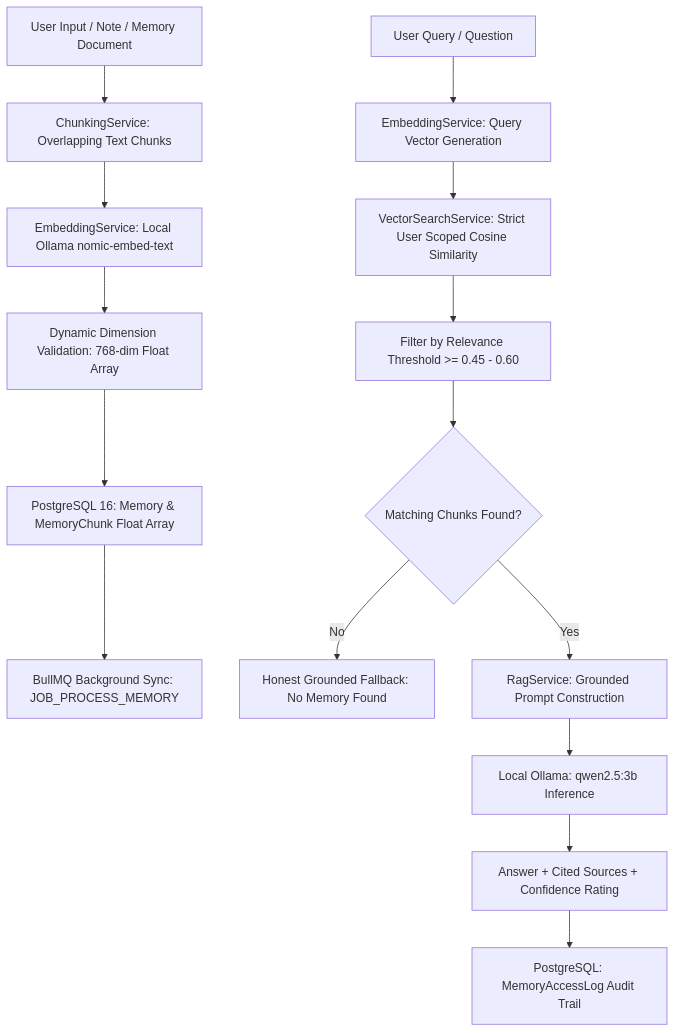
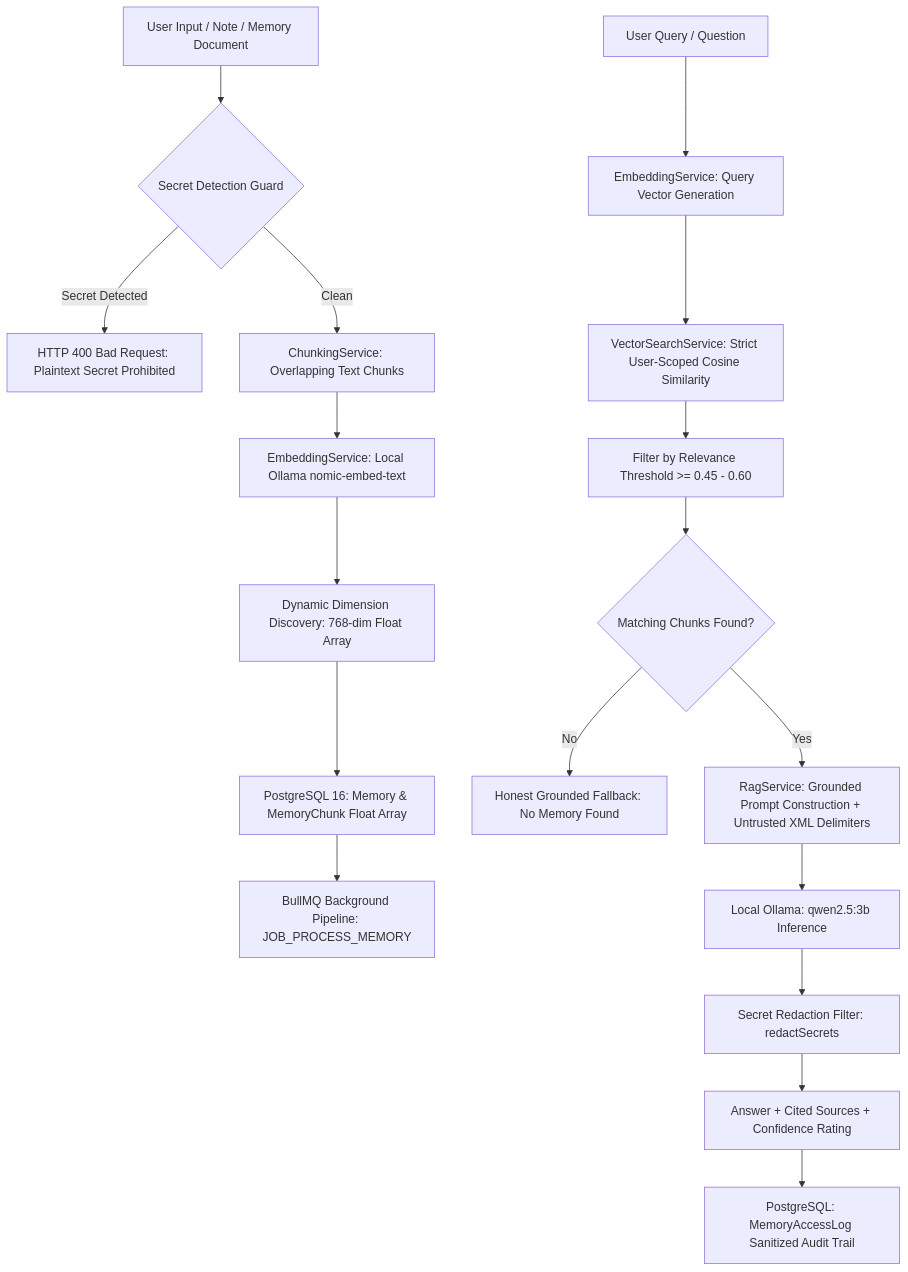
One commit to gundvinu1/Bhuvi- changed the diagram in docs/modules/MODULE_08_PERSONAL_MEMORY.md. Above: the diagram before and after it, drawn with Mermaid. The commit also changed other lines of this file and 11 other files, not shown here.

Commit message:
fix(module-08): complete security audit, secret guard, worker pipeline and RAG defenses

````diff
--- a/docs/modules/MODULE_08_PERSONAL_MEMORY.md
+++ b/docs/modules/MODULE_08_PERSONAL_MEMORY.md
@@ -17,18 +20,21 @@
 ```mermaid
 flowchart TD
-    A[User Input / Note / Memory Document] --> B[ChunkingService: Overlapping Text Chunks]
+    A[User Input / Note / Memory Document] --> S{Secret Detection Guard}
+    S -- Secret Detected --> ERR[HTTP 400 Bad Request: Plaintext Secret Prohibited]
+    S -- Clean --> B[ChunkingService: Overlapping Text Chunks]
     B --> C[EmbeddingService: Local Ollama nomic-embed-text]
-    C --> D[Dynamic Dimension Validation: 768-dim Float Array]
+    C --> D[Dynamic Dimension Discovery: 768-dim Float Array]
     D --> E[PostgreSQL 16: Memory & MemoryChunk Float Array]
-    E --> F[BullMQ Background Sync: JOB_PROCESS_MEMORY]
+    E --> F[BullMQ Background Pipeline: JOB_PROCESS_MEMORY]
 
     G[User Query / Question] --> H[EmbeddingService: Query Vector Generation]
-    H --> I[VectorSearchService: Strict User Scoped Cosine Similarity]
+    H --> I[VectorSearchService: Strict User-Scoped Cosine Similarity]
     I --> J[Filter by Relevance Threshold >= 0.45 - 0.60]
     J --> K{Matching Chunks Found?}
     K -- No --> L[Honest Grounded Fallback: No Memory Found]
-    K -- Yes --> M[RagService: Grounded Prompt Construction]
+    K -- Yes --> M[RagService: Grounded Prompt Construction + Untrusted XML Delimiters]
     M --> N[Local Ollama: qwen2.5:3b Inference]
-    N --> O[Answer + Cited Sources + Confidence Rating]
-    O --> P[PostgreSQL: MemoryAccessLog Audit Trail]
+    N --> SEC[Secret Redaction Filter: redactSecrets]
+    SEC --> O[Answer + Cited Sources + Confidence Rating]
+    O --> P[PostgreSQL: MemoryAccessLog Sanitized Audit Trail]
 ```
````
